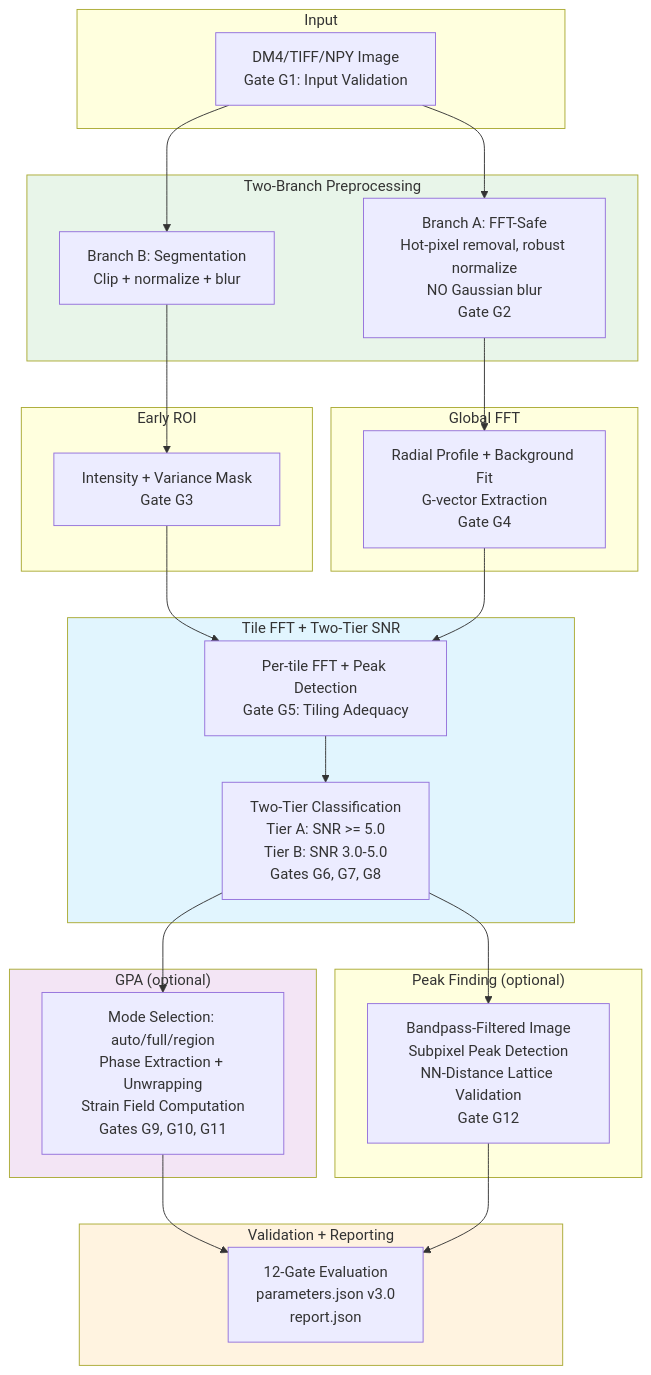
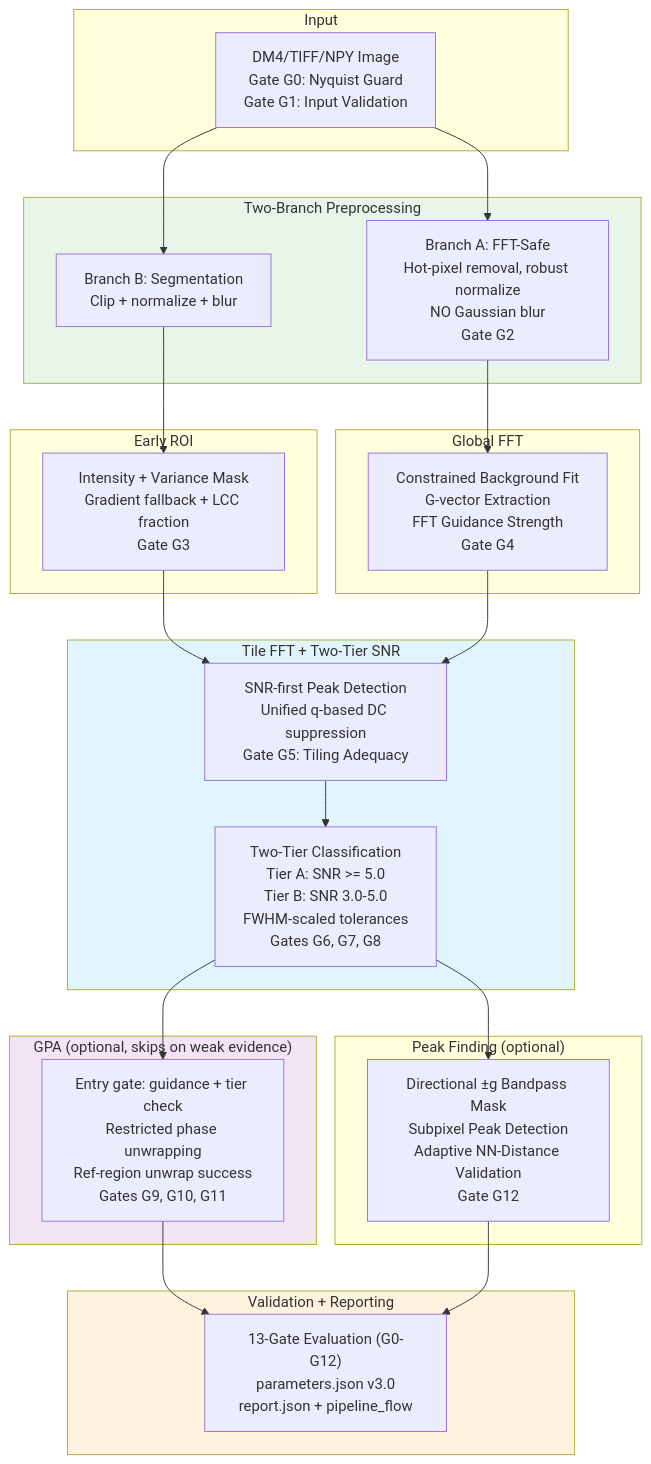
The second of 3 diagrams in README.md (YishaiRetyk/stem-domain-analysis), drawn with Mermaid before and after one commit. The commit also changed other lines of this file and 1 other file, not shown here.

First line of the commit message:
docs: update README and workflow diagram for EFTEM upgrade

````diff
--- a/README.md
+++ b/README.md
@@ -82,51 +82,51 @@
 ```mermaid
 flowchart TD
     subgraph Input["Input"]
-        A[DM4/TIFF/NPY Image<br/>Gate G1: Input Validation]
+        A[DM4/TIFF/NPY Image<br/>Gate G0: Nyquist Guard<br/>Gate G1: Input Validation]
     end
 
     subgraph Preprocess["Two-Branch Preprocessing"]
         B1["Branch A: FFT-Safe<br/>Hot-pixel removal, robust normalize<br/>NO Gaussian blur<br/>Gate G2"]
         B2["Branch B: Segmentation<br/>Clip + normalize + blur"]
     end
 
     subgraph ROI["Early ROI"]
-        C["Intensity + Variance Mask<br/>Gate G3"]
+        C["Intensity + Variance Mask<br/>Gradient fallback + LCC fraction<br/>Gate G3"]
     end
 
     subgraph GlobalFFT["Global FFT"]
-        D["Radial Profile + Background Fit<br/>G-vector Extraction<br/>Gate G4"]
+        D["Constrained Background Fit<br/>G-vector Extraction<br/>FFT Guidance Strength<br/>Gate G4"]
     end
 
     subgraph TileFFT["Tile FFT + Two-Tier SNR"]
-        E["Per-tile FFT + Peak Detection<br/>Gate G5: Tiling Adequacy"]
-        F["Two-Tier Classification<br/>Tier A: SNR >= 5.0<br/>Tier B: SNR 3.0-5.0<br/>Gates G6, G7, G8"]
+        E["SNR-first Peak Detection<br/>Unified q-based DC suppression<br/>Gate G5: Tiling Adequacy"]
+        F["Two-Tier Classification<br/>Tier A: SNR >= 5.0<br/>Tier B: SNR 3.0-5.0<br/>FWHM-scaled tolerances<br/>Gates G6, G7, G8"]
     end
 
-    subgraph GPA["GPA (optional)"]
-        G["Mode Selection: auto/full/region<br/>Phase Extraction + Unwrapping<br/>Strain Field Computation<br/>Gates G9, G10, G11"]
+    subgraph GPA["GPA (optional, skips on weak evidence)"]
+        G["Entry gate: guidance + tier check<br/>Restricted phase unwrapping<br/>Ref-region unwrap success<br/>Gates G9, G10, G11"]
     end
 
     subgraph PeakFinding["Peak Finding (optional)"]
-        H["Bandpass-Filtered Image<br/>Subpixel Peak Detection<br/>NN-Distance Lattice Validation<br/>Gate G12"]
+        H["Directional ±g Bandpass Mask<br/>Subpixel Peak Detection<br/>Adaptive NN-Distance Validation<br/>Gate G12"]
     end
 
     subgraph Reporting["Validation + Reporting"]
-        I["12-Gate Evaluation<br/>parameters.json v3.0<br/>report.json"]
+        I["13-Gate Evaluation (G0-G12)<br/>parameters.json v3.0<br/>report.json + pipeline_flow"]
     end
 
     A --> B1 & B2
     B2 --> C
     B1 --> D
     C --> E
     D --> E
     E --> F
     F --> G & H
     G --> I
     H --> I
 
     style Preprocess fill:#e8f5e9
     style TileFFT fill:#e1f5fe
     style GPA fill:#f3e5f5
     style Reporting fill:#fff3e0
 ```
````
